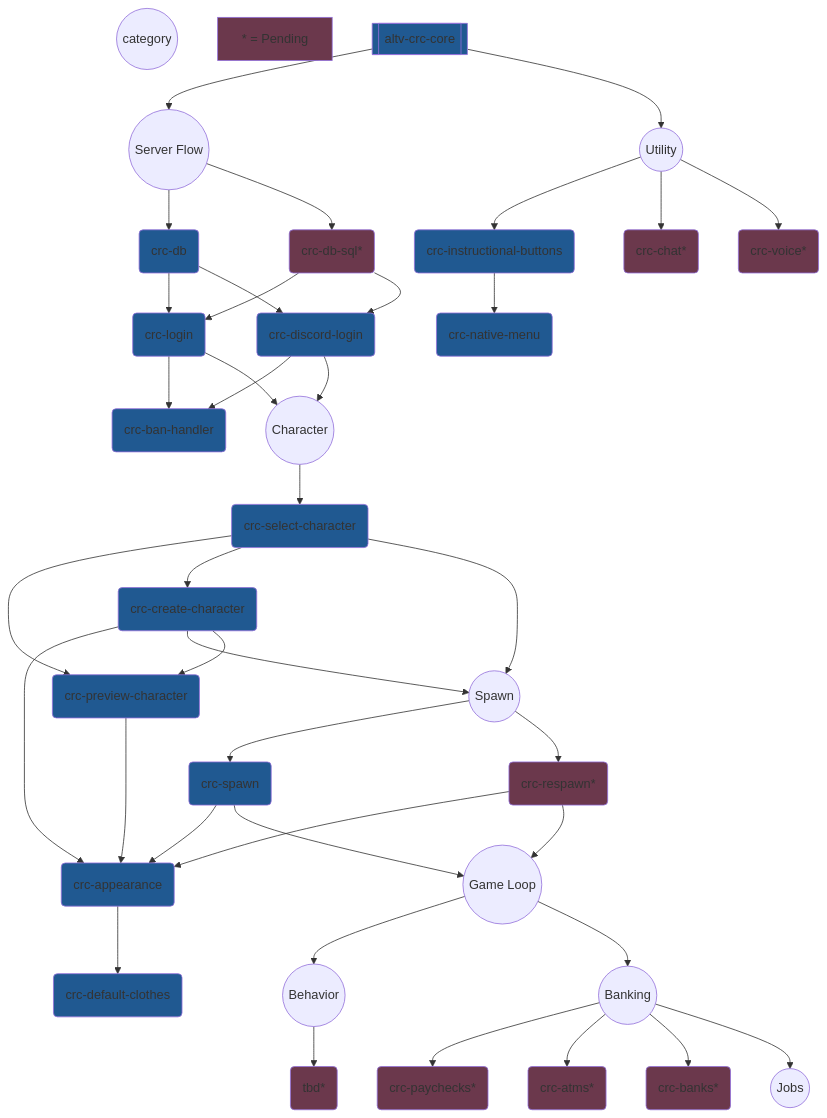
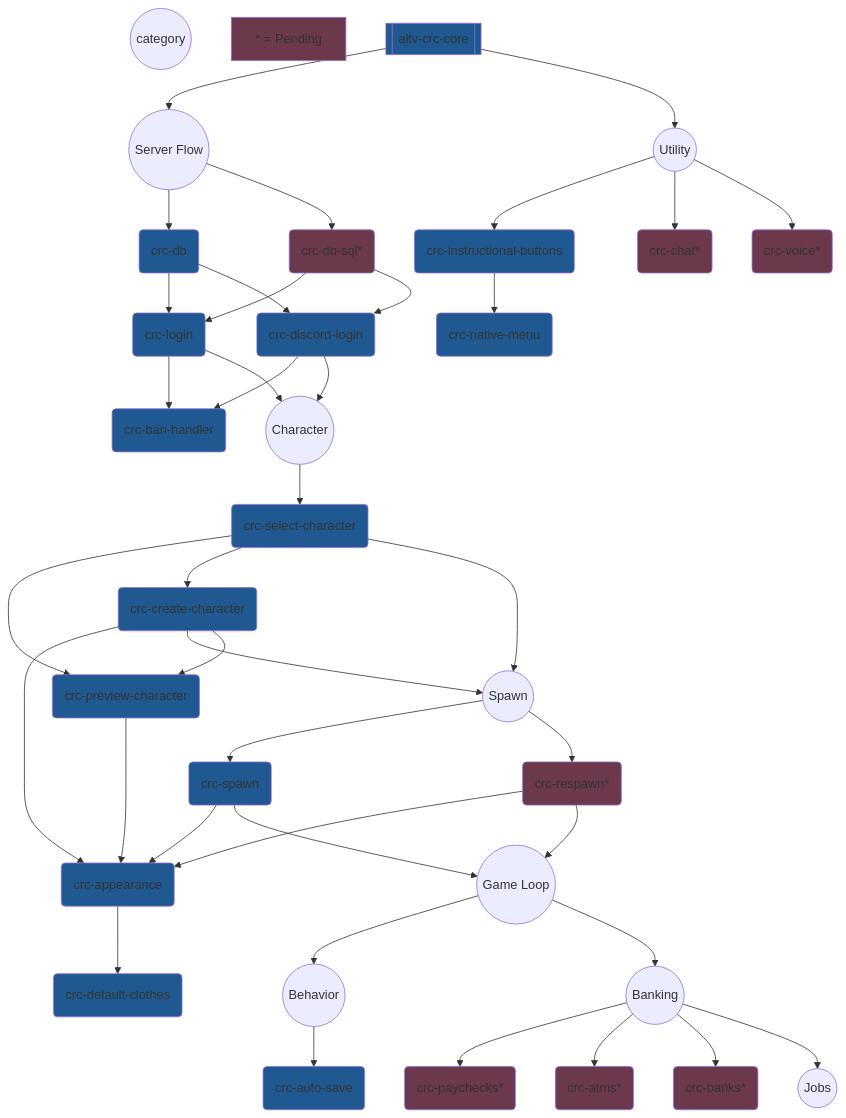
One commit to altv-crc/.github changed the diagram in profile/README.md. Above: the diagram before and after it, drawn with Mermaid.

```diff
--- a/profile/README.md
+++ b/profile/README.md
@@ -105,7 +105,7 @@
    
     %% Behavior
     cat_behavior((Behavior))
-    cat_behavior --> tbd(tbd*):::pending
+    cat_behavior --> crc_auto-save(crc-auto-save):::ready
 
     %% Banking
     cat_banking((Banking))
```
